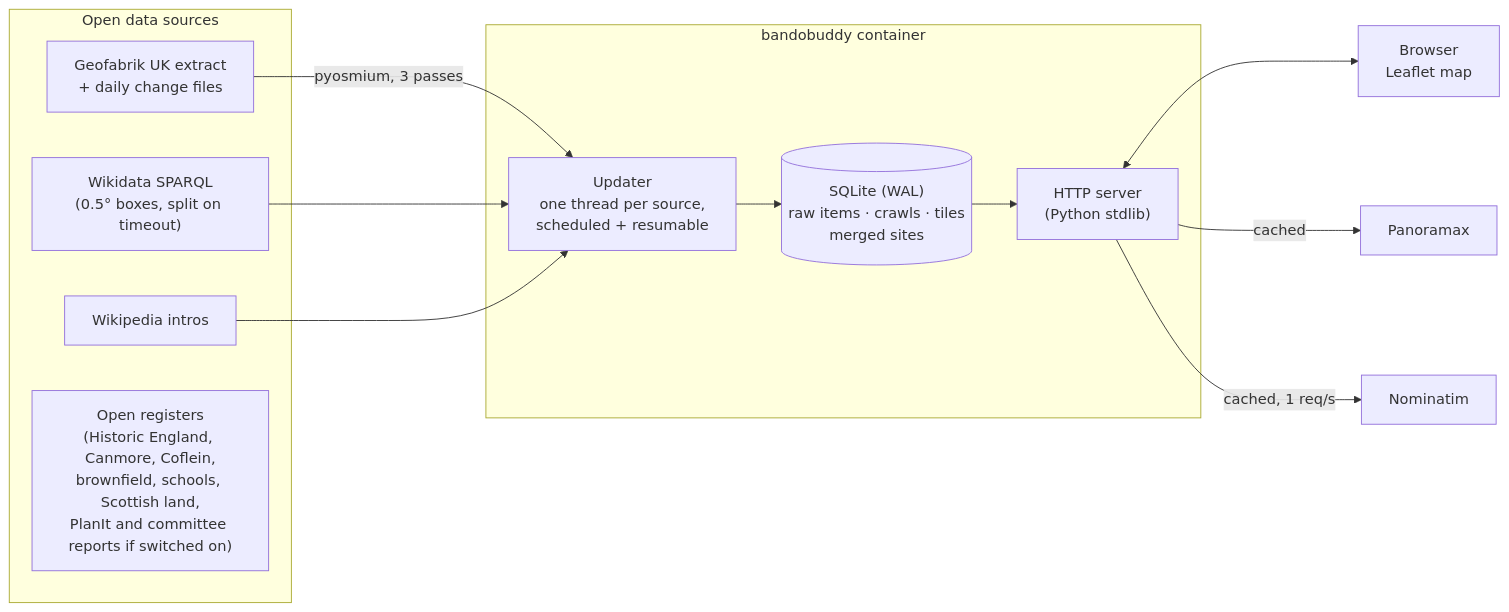
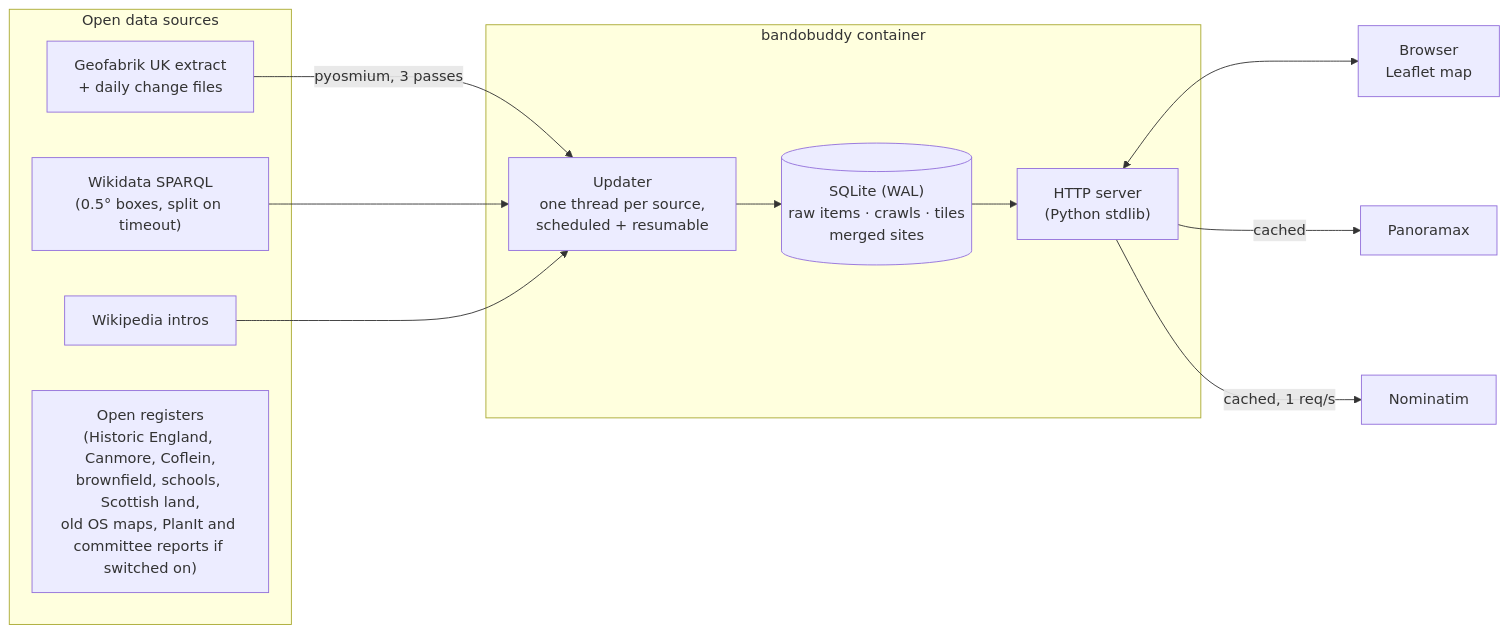
The diagram in README.md (aidenharwood/portfolio-python-bandobuddy), drawn with Mermaid before and after one commit. The commit also changed other lines of this file and 12 other files, not shown here.

````diff
--- a/README.md
+++ b/README.md
@@ -22,25 +22,25 @@
 ```mermaid
 flowchart LR
   subgraph Sources["Open data sources"]
     GF["Geofabrik UK extract<br/>+ daily change files"]
     WD["Wikidata SPARQL<br/>(0.5° boxes, split on timeout)"]
     WP["Wikipedia intros"]
-    OD["Open registers<br/>(Historic England, Canmore, Coflein,<br/>brownfield, schools, Scottish land,<br/>PlanIt and committee reports if switched on)"]
+    OD["Open registers<br/>(Historic England, Canmore, Coflein,<br/>brownfield, schools, Scottish land,<br/>old OS maps, PlanIt and committee reports if switched on)"]
   end
   subgraph App["bandobuddy container"]
     UP["Updater<br/>one thread per source,<br/>scheduled + resumable"]
     DB[("SQLite (WAL)<br/>raw items · crawls · tiles<br/>merged sites")]
     WEB["HTTP server<br/>(Python stdlib)"]
   end
   UI["Browser<br/>Leaflet map"]
   PX["Panoramax"]
   NM["Nominatim"]
   GF -->|pyosmium, 3 passes| UP
   WD --> UP
   WP --> UP
   UP --> DB
   DB --> WEB
   WEB <--> UI
   WEB -->|cached| PX
   WEB -->|cached, 1 req/s| NM
 ```
````
